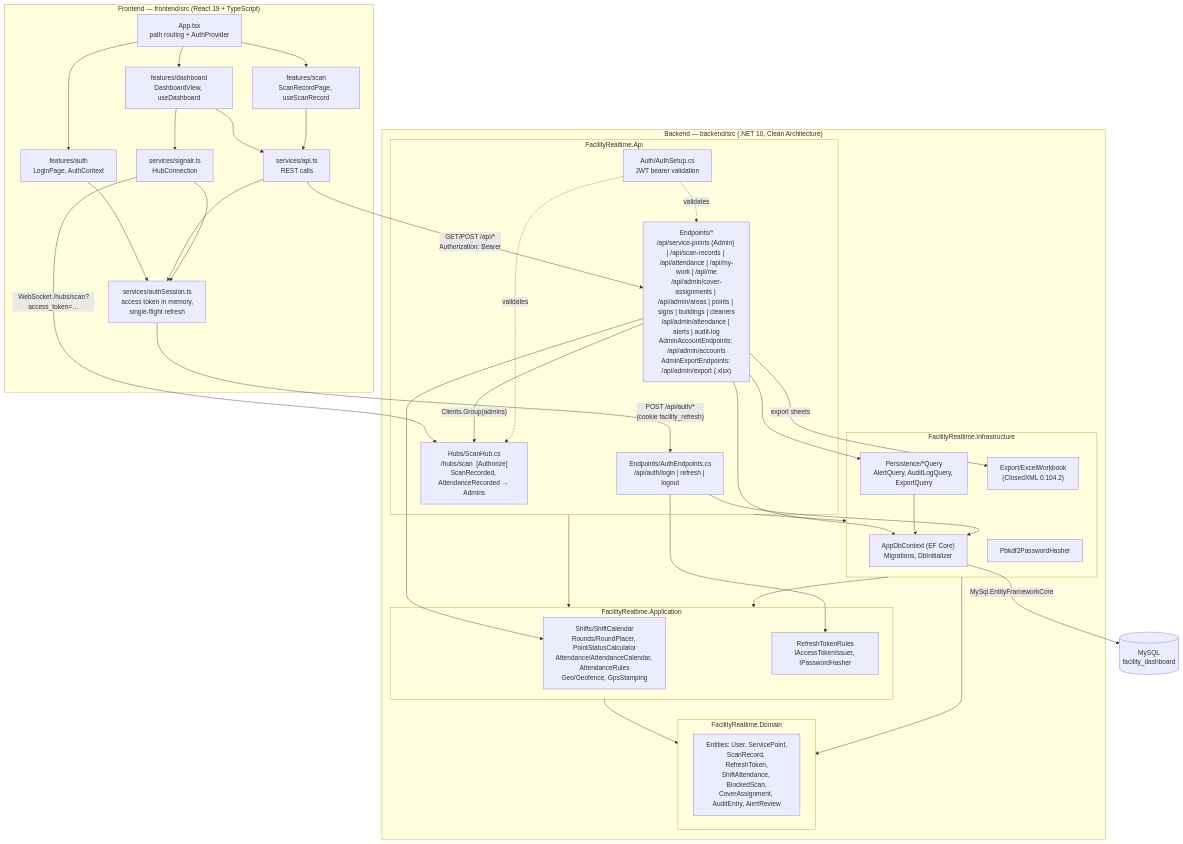
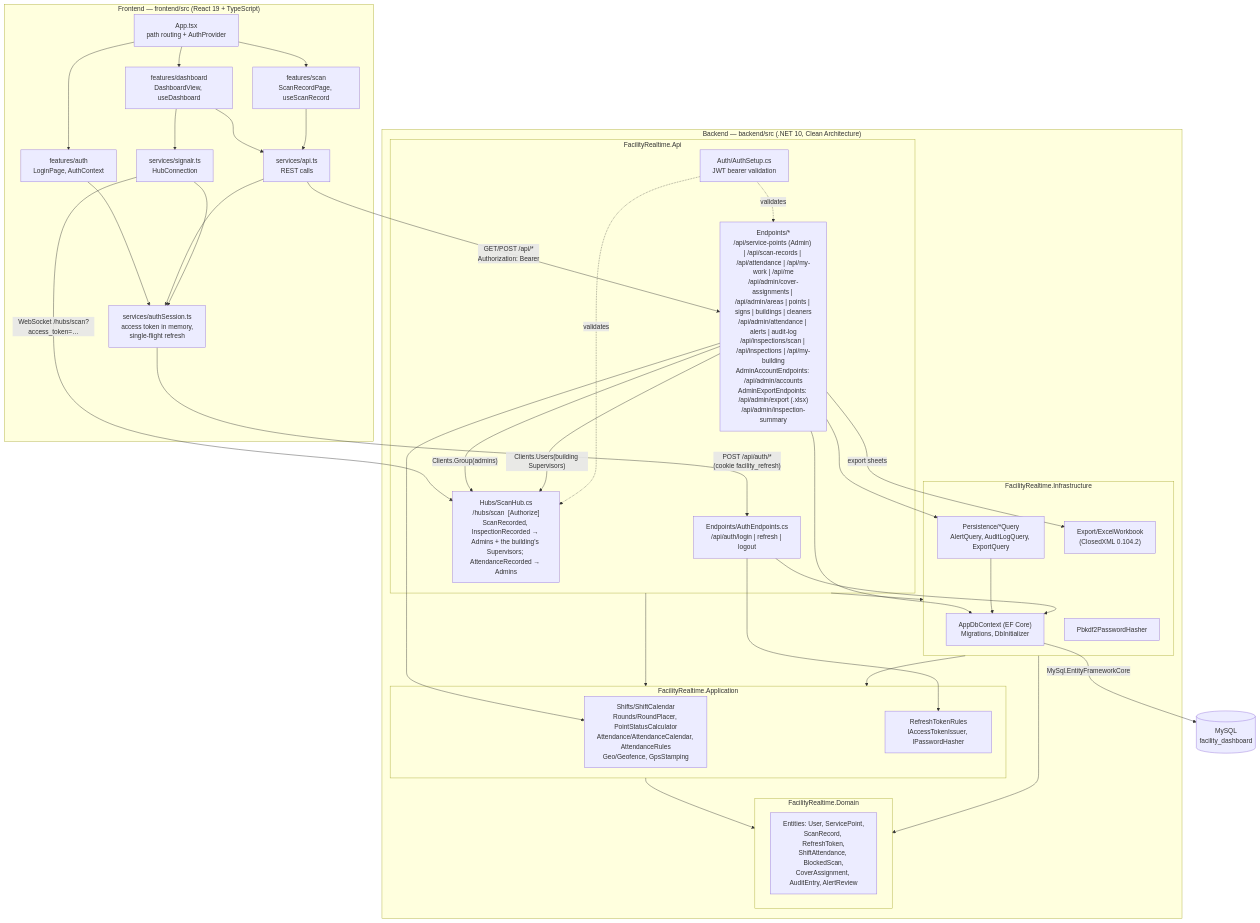
The third of 6 diagrams in docs/architecture.md (ThodsaphonSonthiphin/Facility-Real-time-dashboard), drawn with Mermaid before and after one commit. The commit also changed other lines of this file and 3 other files, not shown here.

Commit message:
test(backend): Supervisor queries on MySQL; docs for inspections, My Building, covers, alerts, export and summary

````diff
--- a/docs/architecture.md
+++ b/docs/architecture.md
@@ -107,65 +107,66 @@
 ```mermaid
 flowchart TB
     subgraph FE["Frontend — frontend/src (React 19 + TypeScript)"]
         App["App.tsx<br/>path routing + AuthProvider"]
         Dash["features/dashboard<br/>DashboardView, useDashboard"]
         Scan["features/scan<br/>ScanRecordPage, useScanRecord"]
         Login["features/auth<br/>LoginPage, AuthContext"]
         ApiSvc["services/api.ts<br/>REST calls"]
         AuthSess["services/authSession.ts<br/>access token in memory,<br/>single-flight refresh"]
         SR["services/signalr.ts<br/>HubConnection"]
     end
 
     subgraph BE["Backend — backend/src (.NET 10, Clean Architecture)"]
         subgraph ApiP["FacilityRealtime.Api"]
-            Ep["Endpoints/*<br/>/api/service-points (Admin) | /api/scan-records | /api/attendance | /api/my-work | /api/me<br/>/api/admin/cover-assignments | /api/admin/areas | points | signs | buildings | cleaners<br/>/api/admin/attendance | alerts | audit-log<br/>AdminAccountEndpoints: /api/admin/accounts<br/>AdminExportEndpoints: /api/admin/export (.xlsx)"]
+            Ep["Endpoints/*<br/>/api/service-points (Admin) | /api/scan-records | /api/attendance | /api/my-work | /api/me<br/>/api/admin/cover-assignments | /api/admin/areas | points | signs | buildings | cleaners<br/>/api/admin/attendance | alerts | audit-log<br/>/api/inspections/scan | /api/inspections | /api/my-building<br/>AdminAccountEndpoints: /api/admin/accounts<br/>AdminExportEndpoints: /api/admin/export (.xlsx)<br/>/api/admin/inspection-summary"]
             AuthEp["Endpoints/AuthEndpoints.cs<br/>/api/auth/login | refresh | logout"]
-            Hub["Hubs/ScanHub.cs<br/>/hubs/scan  [Authorize]<br/>ScanRecorded, AttendanceRecorded → Admins"]
+            Hub["Hubs/ScanHub.cs<br/>/hubs/scan  [Authorize]<br/>ScanRecorded, InspectionRecorded → Admins + the building's Supervisors; AttendanceRecorded → Admins"]
             Jwt["Auth/AuthSetup.cs<br/>JWT bearer validation"]
         end
         subgraph AppP["FacilityRealtime.Application"]
             Status["Shifts/ShiftCalendar<br/>Rounds/RoundPlacer, PointStatusCalculator<br/>Attendance/AttendanceCalendar, AttendanceRules<br/>Geo/Geofence, GpsStamping"]
             Rules["RefreshTokenRules<br/>IAccessTokenIssuer, IPasswordHasher"]
         end
         subgraph InfP["FacilityRealtime.Infrastructure"]
             Ctx["AppDbContext (EF Core)<br/>Migrations, DbInitializer"]
             Hash["Pbkdf2PasswordHasher"]
             Reads["Persistence/*Query<br/>AlertQuery, AuditLogQuery, ExportQuery"]
             Xlsx["Export/ExcelWorkbook<br/>(ClosedXML 0.104.2)"]
         end
         subgraph DomP["FacilityRealtime.Domain"]
             Ent["Entities: User, ServicePoint,<br/>ScanRecord, RefreshToken,<br/>ShiftAttendance, BlockedScan,<br/>CoverAssignment, AuditEntry, AlertReview"]
         end
     end
 
     DB[("MySQL<br/>facility_dashboard")]
 
     App --> Dash & Scan & Login
     Dash --> ApiSvc
     Dash --> SR
     Scan --> ApiSvc
     Login --> AuthSess
     ApiSvc --> AuthSess
     SR --> AuthSess
 
     AuthSess -->|"POST /api/auth/*<br/>(cookie facility_refresh)"| AuthEp
     ApiSvc -->|"GET/POST /api/*<br/>Authorization: Bearer"| Ep
     SR -->|"WebSocket /hubs/scan?access_token=…"| Hub
 
     Ep --> Status
     Ep --> Ctx
     Ep --> Reads
     Ep -->|"export sheets"| Xlsx
     Reads --> Ctx
     Ep -->|"Clients.Group(admins)"| Hub
+    Ep -->|"Clients.Users(building Supervisors)"| Hub
     AuthEp --> Rules
     AuthEp --> Ctx
     Jwt -.->|validates| Ep & Hub
 
     ApiP --> AppP
     ApiP --> InfP
     InfP --> AppP
     AppP --> DomP
     InfP --> DomP
     Ctx -->|"MySql.EntityFrameworkCore"| DB
 ```
````
